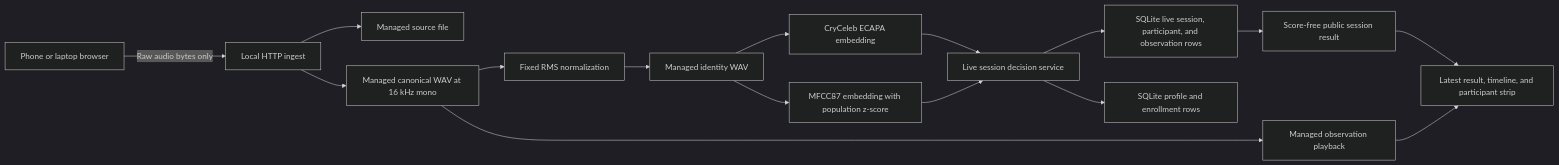
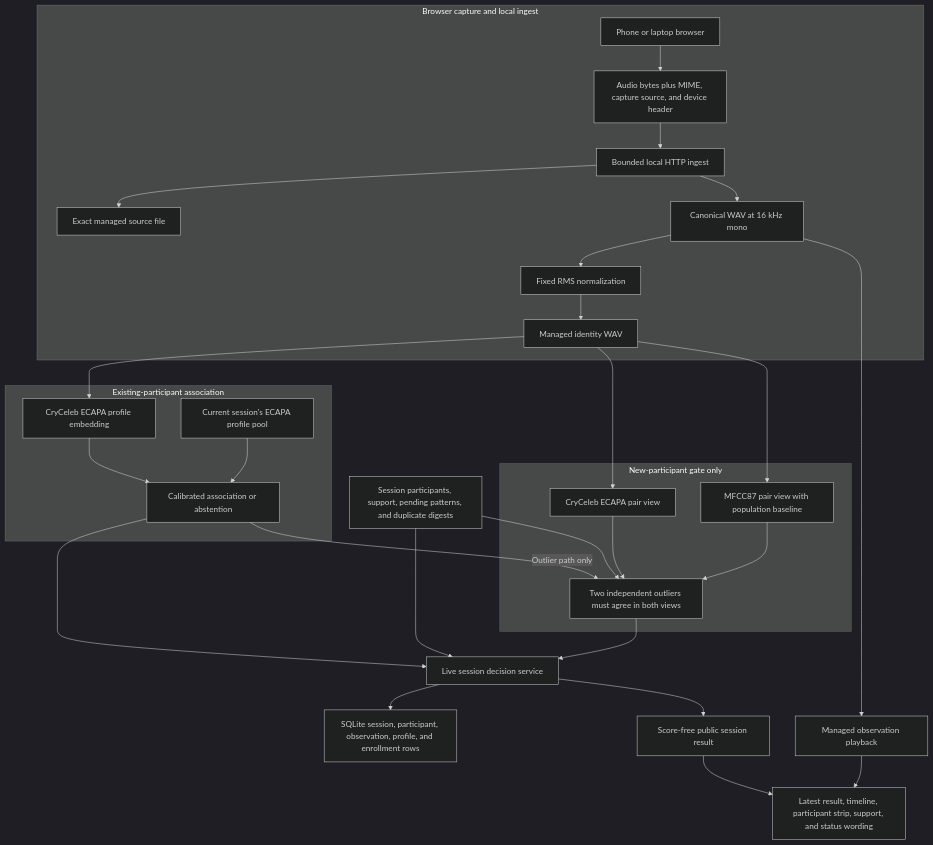
One commit to Prasshanna-S/soothetrace changed the first of 2 diagrams in README.md. Above: the diagram before and after it, drawn with Mermaid (dark theme). The commit also changed other lines of this file and 57 other files, not shown here.

````diff
--- a/README.md
+++ b/README.md
@@ -327,18 +556,45 @@
 ```mermaid
-flowchart LR
-    P["Phone or laptop browser"] -->|"Raw audio bytes only"| H["Local HTTP ingest"]
-    H --> S["Managed source file"]
-    H --> C["Managed canonical WAV at 16 kHz mono"]
-    C --> N["Fixed RMS normalization"]
-    N --> I["Managed identity WAV"]
-    I --> E1["CryCeleb ECAPA embedding"]
-    I --> E2["MFCC87 embedding with population z-score"]
-    E1 --> D["Live session decision service"]
-    E2 --> D
-    D --> L["SQLite live session, participant, and observation rows"]
-    D --> R["SQLite profile and enrollment rows"]
-    L --> A["Score-free public session result"]
-    A --> U["Latest result, timeline, and participant strip"]
+flowchart TB
+    subgraph Capture["Browser capture and local ingest"]
+        P["Phone or laptop browser"]
+        Q["Audio bytes plus MIME, capture source, and device header"]
+        H["Bounded local HTTP ingest"]
+        S["Exact managed source file"]
+        C["Canonical WAV at 16 kHz mono"]
+        N["Fixed RMS normalization"]
+        I["Managed identity WAV"]
+        P --> Q --> H
+        H --> S
+        H --> C --> N --> I
+    end
+
+    subgraph Existing["Existing-participant association"]
+        E1["CryCeleb ECAPA profile embedding"]
+        EP["Current session's ECAPA profile pool"]
+        EA["Calibrated association or abstention"]
+        I --> E1 --> EA
+        EP --> EA
+    end
+
+    subgraph Novel["New-participant gate only"]
+        E2["CryCeleb ECAPA pair view"]
+        M2["MFCC87 pair view with population baseline"]
+        NP["Two independent outliers must agree in both views"]
+        I --> E2 --> NP
+        I --> M2 --> NP
+    end
+
+    ST["Session participants, support, pending patterns, and duplicate digests"]
+    D["Live session decision service"]
+    EA --> D
+    EA -->|"Outlier path only"| NP
+    ST --> NP
+    NP --> D
+    ST --> D
+
+    D --> L["SQLite session, participant, observation, profile, and enrollment rows"]
+    D --> A["Score-free public session result"]
+    A --> U["Latest result, timeline, participant strip, support, and status wording"]
     C --> X["Managed observation playback"]
     X --> U
 ```
````
